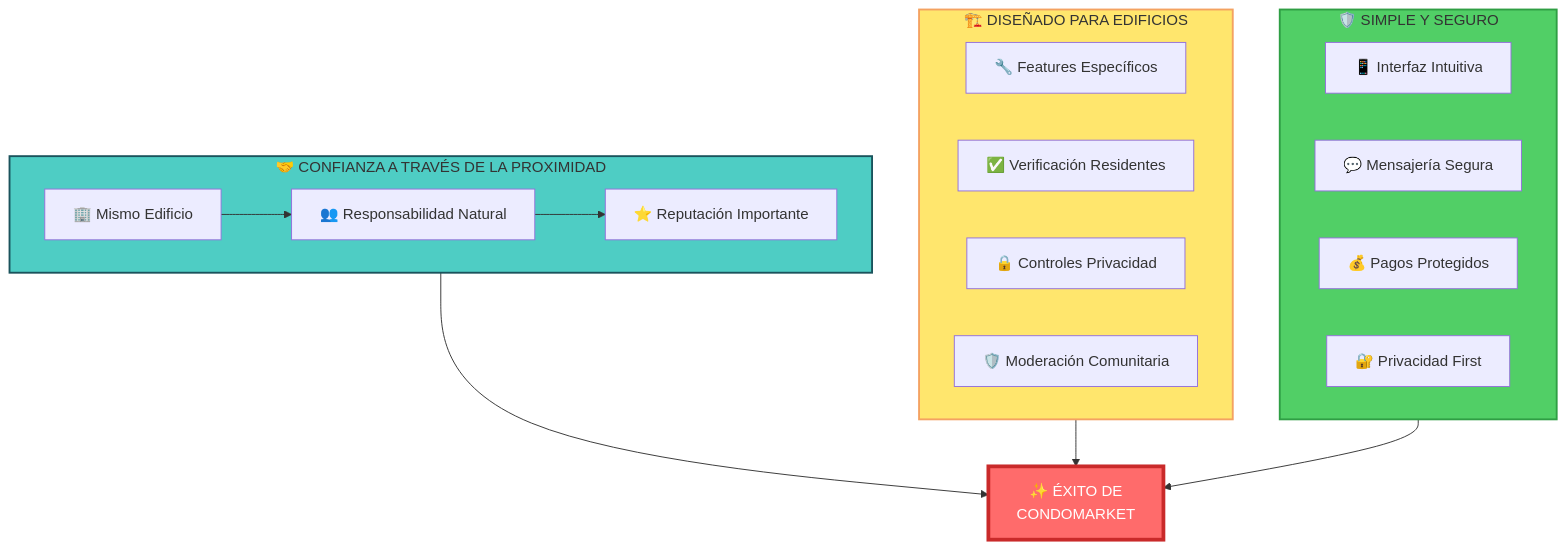
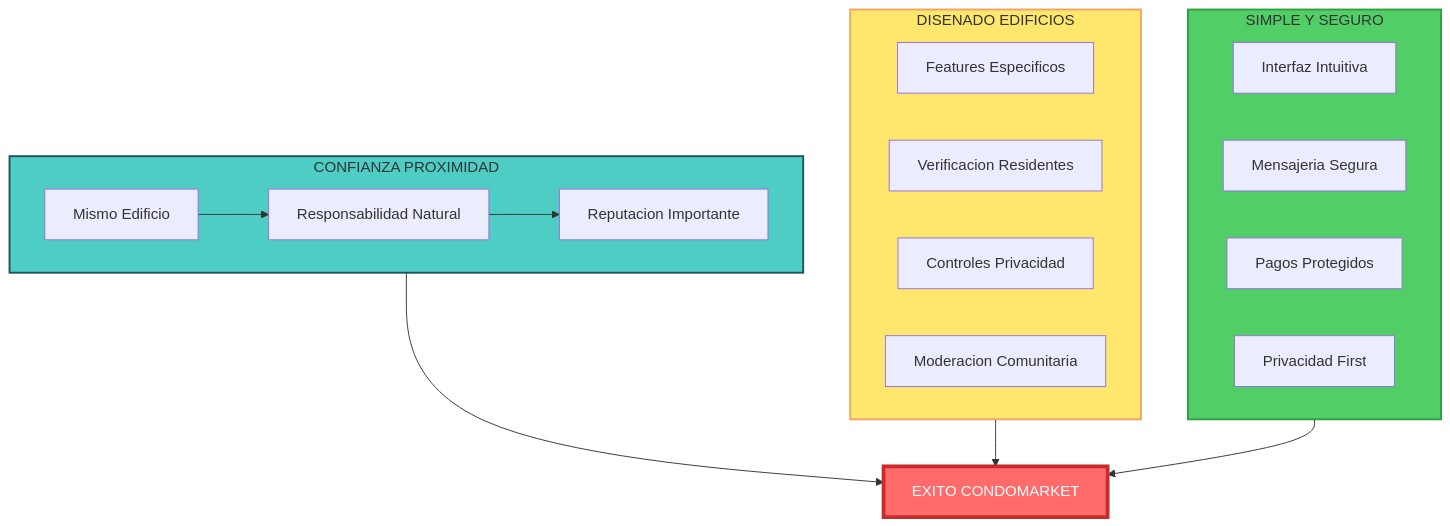
Before and after one commit to softv2ware/condomarket.api: diagram 15 of 25 in app.spanish.md, drawn with Mermaid. The commit also changed other lines of this file, not shown here.

````diff
--- a/app.spanish.md
+++ b/app.spanish.md
@@ -679,33 +683,33 @@
 ```mermaid
 graph TB
-    subgraph Confianza["🤝 CONFIANZA A TRAVÉS DE LA PROXIMIDAD"]
-        T1[🏢 Mismo Edificio]
-        T2[👥 Responsabilidad Natural]
-        T3[⭐ Reputación Importante]
+    subgraph Confianza[CONFIANZA PROXIMIDAD]
+        T1[Mismo Edificio]
+        T2[Responsabilidad Natural]
+        T3[Reputacion Importante]
         T1 --> T2
         T2 --> T3
     end
     
-    subgraph Diseño["🏗️ DISEÑADO PARA EDIFICIOS"]
-        D1[🔧 Features Específicos]
-        D2[✅ Verificación Residentes]
-        D3[🔒 Controles Privacidad]
-        D4[🛡️ Moderación Comunitaria]
+    subgraph Diseno[DISENADO EDIFICIOS]
+        D1[Features Especificos]
+        D2[Verificacion Residentes]
+        D3[Controles Privacidad]
+        D4[Moderacion Comunitaria]
     end
     
-    subgraph Seguridad["🛡️ SIMPLE Y SEGURO"]
-        S1[📱 Interfaz Intuitiva]
-        S2[💬 Mensajería Segura]
-        S3[💰 Pagos Protegidos]
-        S4[🔐 Privacidad First]
+    subgraph Seguridad[SIMPLE Y SEGURO]
+        S1[Interfaz Intuitiva]
+        S2[Mensajeria Segura]
+        S3[Pagos Protegidos]
+        S4[Privacidad First]
     end
     
-    Confianza --> Exito[✨ ÉXITO DE<br/>CONDOMARKET]
-    Diseño --> Exito
+    Confianza --> Exito[EXITO CONDOMARKET]
+    Diseno --> Exito
     Seguridad --> Exito
     
     style Confianza fill:#4ECDC4,stroke:#1A535C,stroke-width:2px
-    style Diseño fill:#FFE66D,stroke:#F4A261,stroke-width:2px
+    style Diseno fill:#FFE66D,stroke:#F4A261,stroke-width:2px
     style Seguridad fill:#51CF66,stroke:#2F9E44,stroke-width:2px
     style Exito fill:#FF6B6B,stroke:#C92A2A,stroke-width:4px,color:#fff
 ```
````
